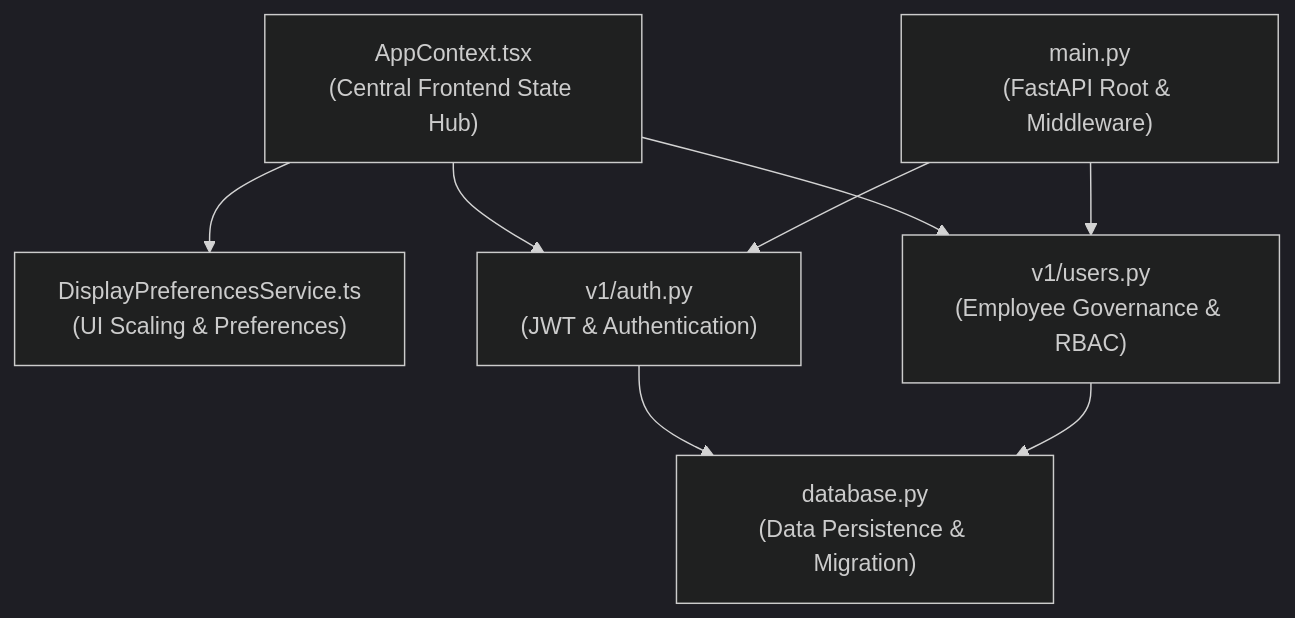
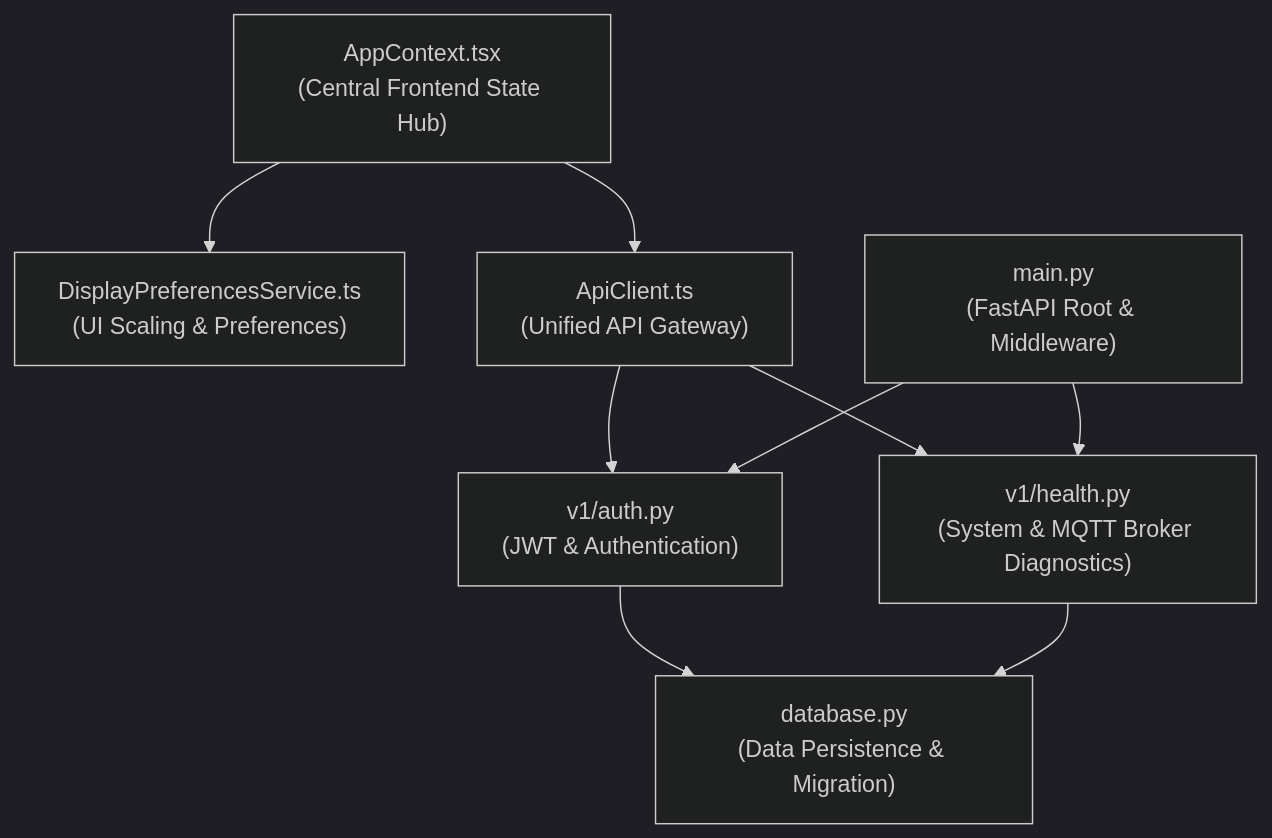
The first of 2 diagrams in docs/GRAPHIFY_ANALYSIS.md (soumikbur/PanoramaWaterTank_NextGen), drawn with Mermaid (dark theme) before and after one commit. The commit also changed other lines of this file and 49 other files, not shown here.

````diff
--- a/docs/GRAPHIFY_ANALYSIS.md
+++ b/docs/GRAPHIFY_ANALYSIS.md
@@ -20,17 +20,19 @@
 ```mermaid
 graph TD
     AppContext["AppContext.tsx<br/>(Central Frontend State Hub)"]
     DispPref["DisplayPreferencesService.ts<br/>(UI Scaling & Preferences)"]
+    ApiClient["ApiClient.ts<br/>(Unified API Gateway)"]
     MainPy["main.py<br/>(FastAPI Root & Middleware)"]
     DatabasePy["database.py<br/>(Data Persistence & Migration)"]
     AuthPy["v1/auth.py<br/>(JWT & Authentication)"]
-    UsersPy["v1/users.py<br/>(Employee Governance & RBAC)"]
+    HealthPy["v1/health.py<br/>(System & MQTT Broker Diagnostics)"]
 
     AppContext --> DispPref
-    AppContext --> AuthPy
-    AppContext --> UsersPy
+    AppContext --> ApiClient
+    ApiClient --> HealthPy
+    ApiClient --> AuthPy
     MainPy --> AuthPy
-    MainPy --> UsersPy
+    MainPy --> HealthPy
     AuthPy --> DatabasePy
-    UsersPy --> DatabasePy
+    HealthPy --> DatabasePy
 ```
````
